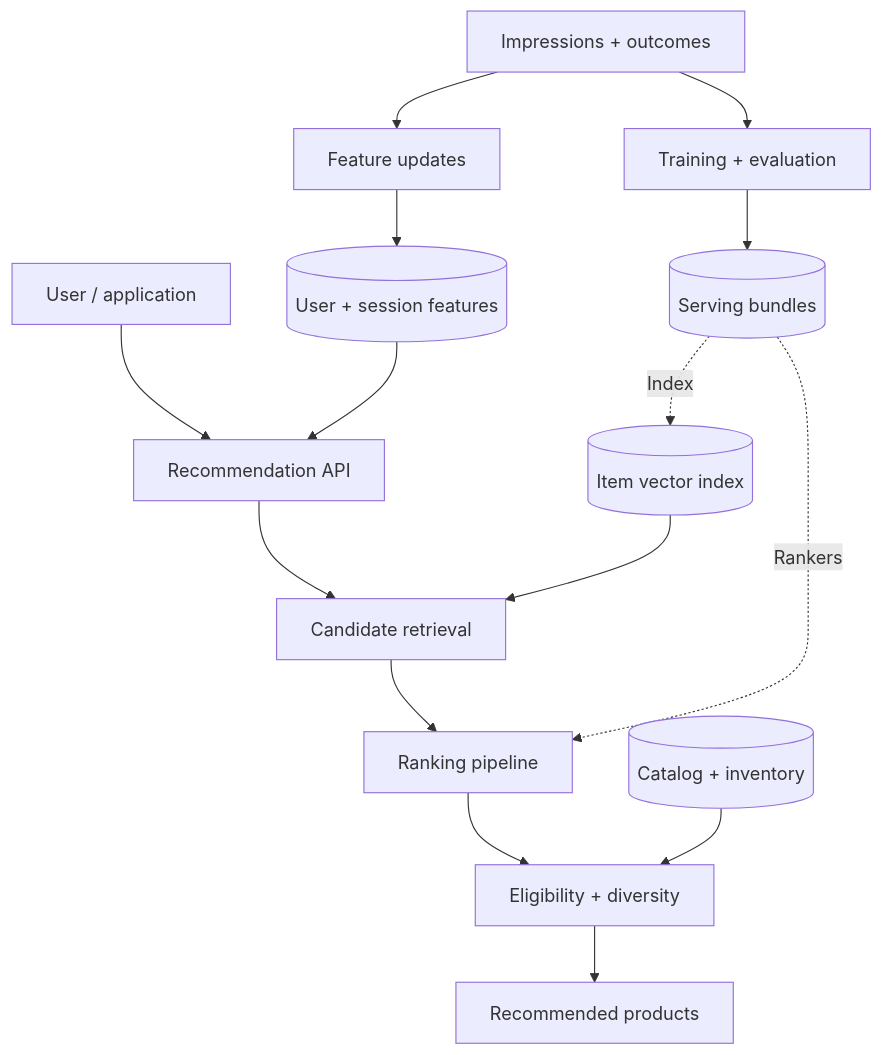
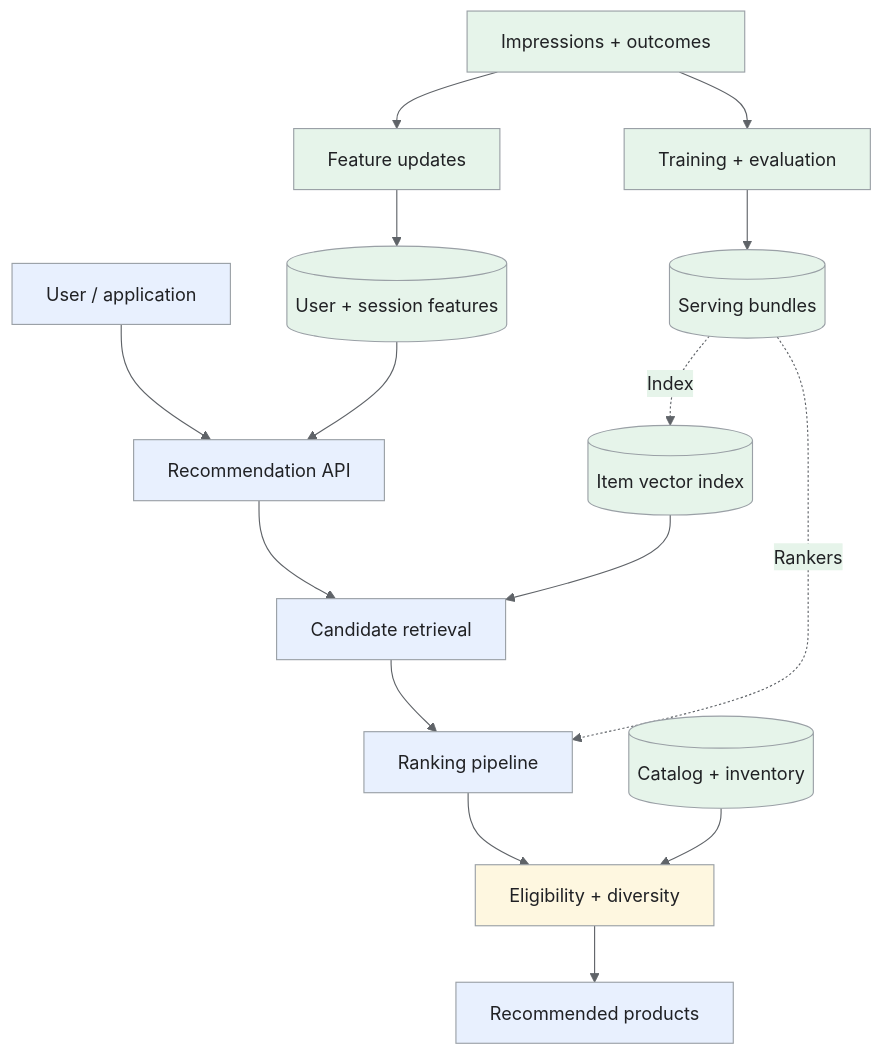
The first of 4 diagrams in _designs/product-recommendations.md (iliazlobin/iliazlobin.github.io), drawn with Mermaid before and after one commit. The commit also changed other lines of this file and 25 other files, not shown here.

Commit message:
docs: explain Batch B design flows and tradeoffs

````diff
--- a/_designs/product-recommendations.md
+++ b/_designs/product-recommendations.md
@@ -135,17 +151,25 @@
 ```mermaid
+%%{init: {'theme':'base','themeVariables':{'primaryColor':'#e8f0fe','primaryTextColor':'#202124','primaryBorderColor':'#9aa0a6','lineColor':'#5f6368','secondaryColor':'#e6f4ea','tertiaryColor':'#fef7e0','actorBkg':'#e8f0fe','actorBorder':'#9aa0a6','actorTextColor':'#202124','noteBkgColor':'#fef7e0','noteTextColor':'#202124','noteBorderColor':'#9aa0a6','signalColor':'#5f6368','signalTextColor':'#202124','labelBoxBkgColor':'#fef7e0','labelBoxBorderColor':'#9aa0a6'}}}%%
 flowchart TB
   U["User / application"] --> API["Recommendation API"]
   CONTEXT[("User + session features")] --> API
   API --> RET["Candidate retrieval"]
   IDX[("Item vector index")] --> RET
   RET --> RANK["Ranking pipeline"]
   RANK --> RULES["Eligibility + diversity"]
   CATALOG[("Catalog + inventory")] --> RULES
   RULES --> RESULT["Recommended products"]
   EVENTS["Impressions + outcomes"] --> UPDATE["Feature updates"]
   UPDATE --> CONTEXT
   EVENTS --> TRAIN["Training + evaluation"]
   TRAIN --> REG[("Serving bundles")]
   REG -.->|"Index"| IDX
   REG -.->|"Rankers"| RANK
+classDef request fill:#e8f0fe,stroke:#9aa0a6,color:#202124;
+classDef data fill:#e6f4ea,stroke:#9aa0a6,color:#202124;
+classDef control fill:#fef7e0,stroke:#9aa0a6,color:#202124;
+class U,API,RET,RANK,RESULT request;
+class CONTEXT,IDX,CATALOG,EVENTS,UPDATE,TRAIN,REG data;
+class RULES control;
+
 ```
````
